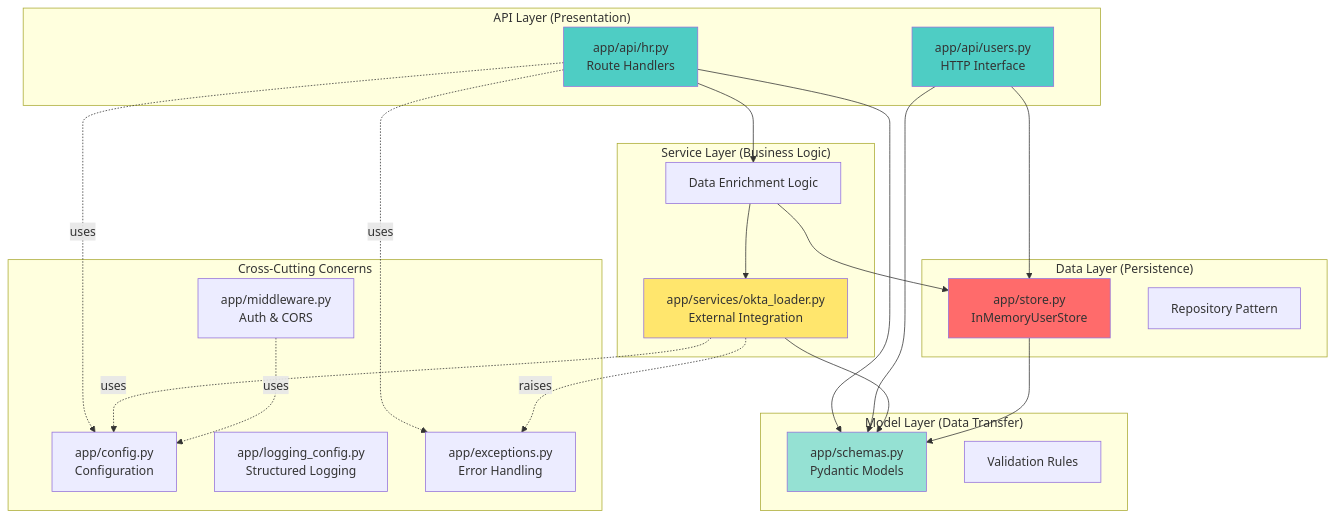
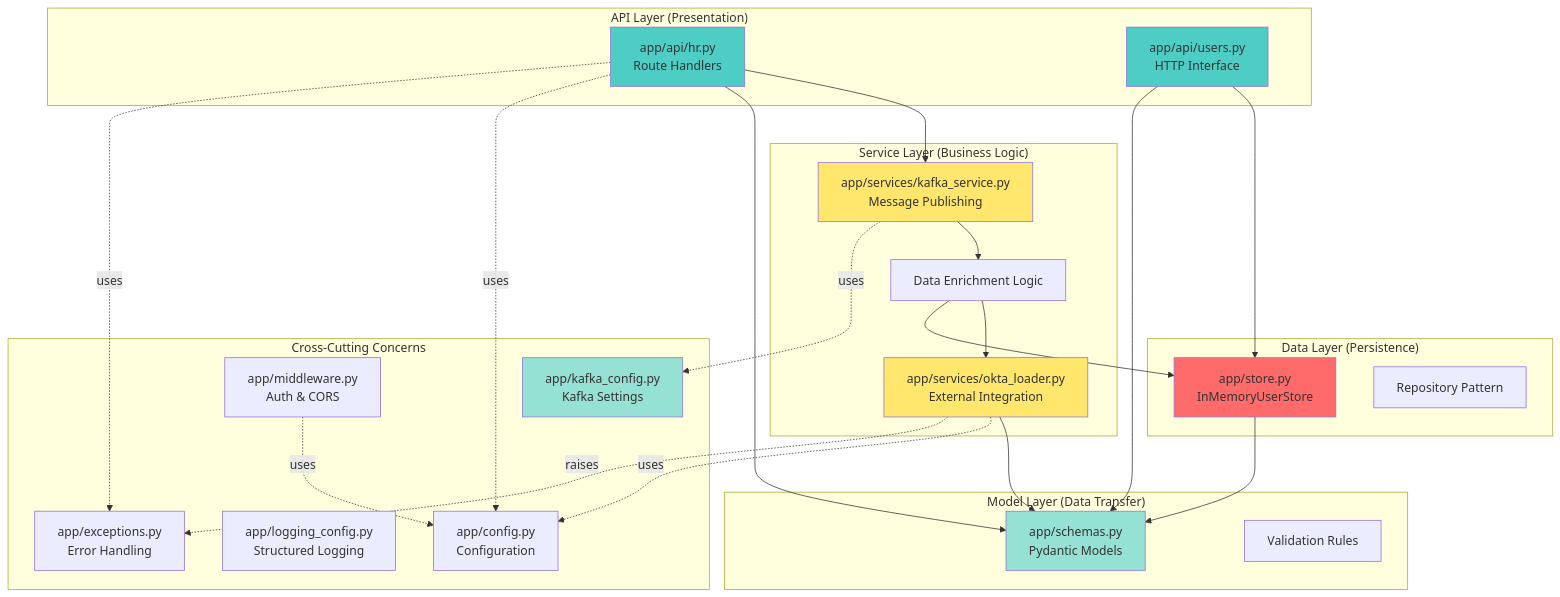
One commit to temesgen22/user_onbording changed the second of 29 diagrams in ARCHITECTURE_DIAGRAM.md. Above: the diagram before and after it, drawn with Mermaid. The commit also changed other lines of this file and 10 other files, not shown here.

````diff
--- a/ARCHITECTURE_DIAGRAM.md
+++ b/ARCHITECTURE_DIAGRAM.md
@@ -65,51 +66,57 @@
 ```mermaid
 graph TB
     subgraph "API Layer (Presentation)"
         hr[app/api/hr.py<br/>Route Handlers]
         users[app/api/users.py<br/>HTTP Interface]
     end
     
     subgraph "Service Layer (Business Logic)"
         okta[app/services/okta_loader.py<br/>External Integration]
+        kafka_service[app/services/kafka_service.py<br/>Message Publishing]
         enrichment[Data Enrichment Logic]
     end
     
     subgraph "Data Layer (Persistence)"
         store[app/store.py<br/>InMemoryUserStore]
         repo[Repository Pattern]
     end
     
     subgraph "Model Layer (Data Transfer)"
         schemas[app/schemas.py<br/>Pydantic Models]
         validation[Validation Rules]
     end
     
     subgraph "Cross-Cutting Concerns"
         config[app/config.py<br/>Configuration]
+        kafka_config[app/kafka_config.py<br/>Kafka Settings]
         logging[app/logging_config.py<br/>Structured Logging]
         exceptions[app/exceptions.py<br/>Error Handling]
         middleware_layer[app/middleware.py<br/>Auth & CORS]
     end
     
-    hr --> enrichment
+    hr --> kafka_service
+    kafka_service --> enrichment
     users --> store
     enrichment --> okta
     enrichment --> store
     hr --> schemas
     users --> schemas
     okta --> schemas
     store --> schemas
     
     hr -.uses.-> config
+    kafka_service -.uses.-> kafka_config
     okta -.uses.-> config
     middleware_layer -.uses.-> config
     
     hr -.uses.-> exceptions
     okta -.raises.-> exceptions
     
     style hr fill:#4ecdc4
     style users fill:#4ecdc4
+    style kafka_service fill:#ffe66d
     style okta fill:#ffe66d
     style store fill:#ff6b6b
     style schemas fill:#95e1d3
+    style kafka_config fill:#95e1d3
 ```
````
